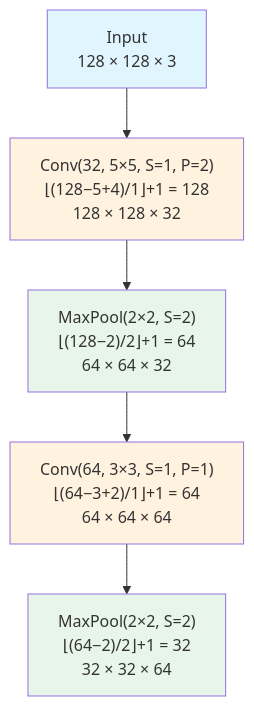
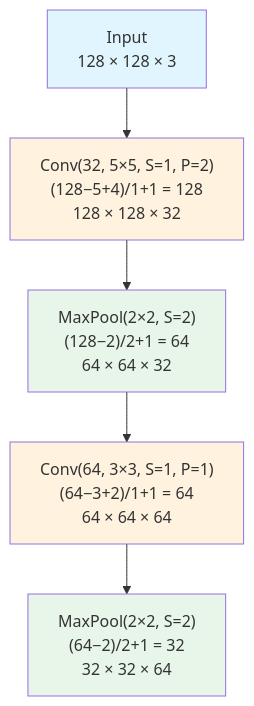
The first of 8 diagrams in AI/Academic/Deep Learning/Cours/Chapter 2 - CNN/27. Exercises Solved and Explained.md (Vtheonly/Obsidian_Notes), drawn with Mermaid before and after one commit. The commit also changed other lines of this file and 148 other files, not shown here.

````diff
--- a/AI/Academic/Deep Learning/Cours/Chapter 2 - CNN/27. Exercises Solved and Explained.md
+++ b/AI/Academic/Deep Learning/Cours/Chapter 2 - CNN/27. Exercises Solved and Explained.md
@@ -106,13 +106,13 @@
 ```mermaid
 flowchart TD
-    A["Input<br/>128 × 128 × 3"] --> B["Conv(32, 5×5, S=1, P=2)<br/>⌊(128−5+4)/1⌋+1 = 128<br/>128 × 128 × 32"]
-    B --> C["MaxPool(2×2, S=2)<br/>⌊(128−2)/2⌋+1 = 64<br/>64 × 64 × 32"]
-    C --> D["Conv(64, 3×3, S=1, P=1)<br/>⌊(64−3+2)/1⌋+1 = 64<br/>64 × 64 × 64"]
-    D --> E["MaxPool(2×2, S=2)<br/>⌊(64−2)/2⌋+1 = 32<br/>32 × 32 × 64"]
+    A["Input<br/>128 × 128 × 3"] --> B["Conv(32, 5×5, S=1, P=2)<br/>(128−5+4)/1+1 = 128<br/>128 × 128 × 32"]
+    B --> C["MaxPool(2×2, S=2)<br/>(128−2)/2+1 = 64<br/>64 × 64 × 32"]
+    C --> D["Conv(64, 3×3, S=1, P=1)<br/>(64−3+2)/1+1 = 64<br/>64 × 64 × 64"]
+    D --> E["MaxPool(2×2, S=2)<br/>(64−2)/2+1 = 32<br/>32 × 32 × 64"]
 
     style A fill:#e1f5fe
     style B fill:#fff3e0
     style C fill:#e8f5e9
     style D fill:#fff3e0
     style E fill:#e8f5e9
 ```
````
